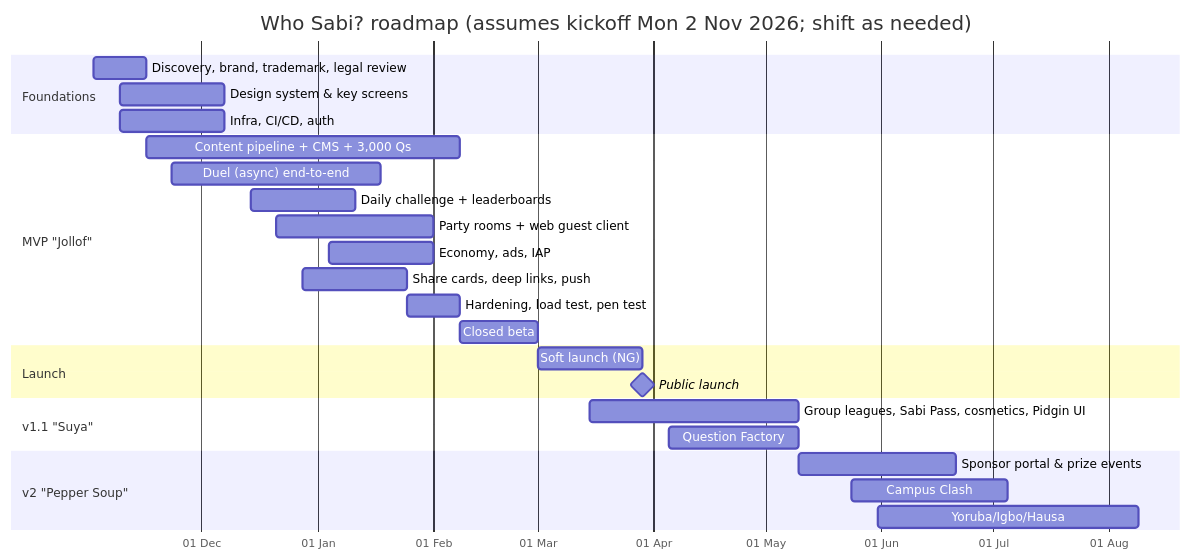
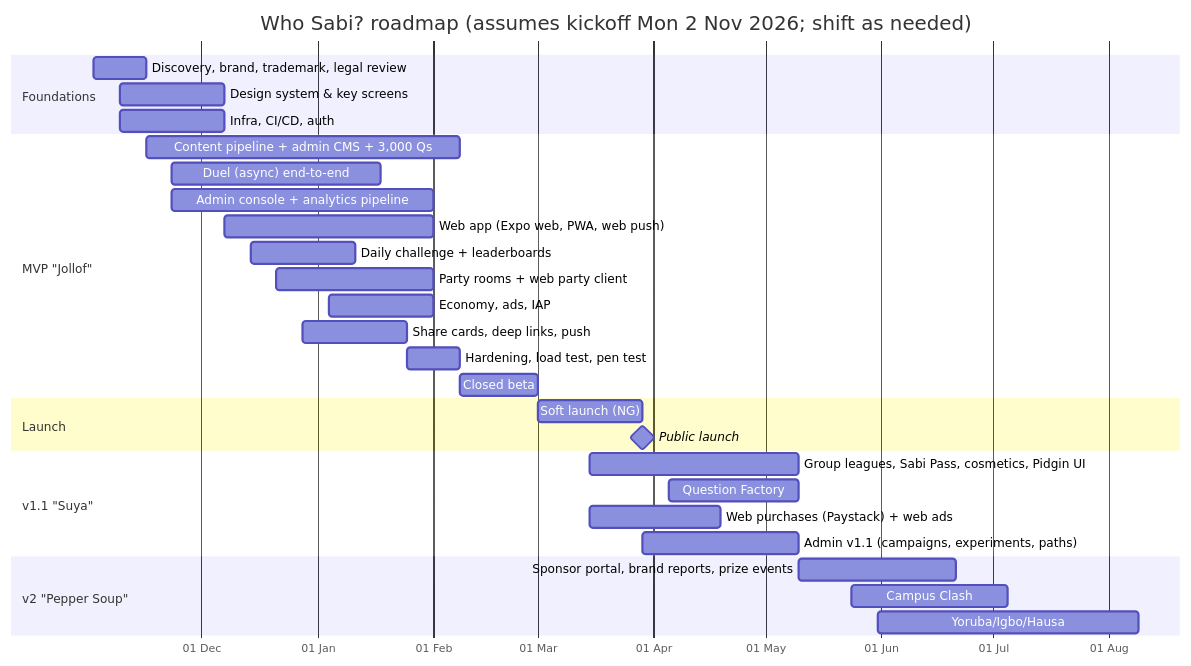
The diagram in docs/15-roadmap-and-delivery-plan.md (Realdiamond/Naija-Trivia), drawn with Mermaid before and after one commit. The commit also changed other lines of this file and 23 other files, not shown here.

````diff
--- a/docs/15-roadmap-and-delivery-plan.md
+++ b/docs/15-roadmap-and-delivery-plan.md
@@ -9,29 +9,33 @@
 ```mermaid
 gantt
   title Who Sabi? roadmap (assumes kickoff Mon 2 Nov 2026; shift as needed)
   dateFormat  YYYY-MM-DD
   axisFormat  %d %b
   section Foundations
   Discovery, brand, trademark, legal review     :a1, 2026-11-02, 14d
   Design system & key screens                    :a2, 2026-11-09, 28d
   Infra, CI/CD, auth                             :a3, 2026-11-09, 28d
   section MVP "Jollof"
-  Content pipeline + CMS + 3,000 Qs              :b1, 2026-11-16, 84d
+  Content pipeline + admin CMS + 3,000 Qs        :b1, 2026-11-16, 84d
   Duel (async) end-to-end                        :b2, 2026-11-23, 56d
+  Admin console + analytics pipeline             :b10, 2026-11-23, 70d
+  Web app (Expo web, PWA, web push)              :b9, 2026-12-07, 56d
   Daily challenge + leaderboards                 :b3, 2026-12-14, 28d
-  Party rooms + web guest client                 :b4, 2026-12-21, 42d
+  Party rooms + web party client                 :b4, 2026-12-21, 42d
   Economy, ads, IAP                              :b5, 2027-01-04, 28d
   Share cards, deep links, push                  :b6, 2026-12-28, 28d
   Hardening, load test, pen test                 :b7, 2027-01-25, 14d
   Closed beta                                    :b8, 2027-02-08, 21d
   section Launch
   Soft launch (NG)                               :c1, 2027-03-01, 28d
   Public launch                                  :milestone, 2027-03-29, 0d
   section v1.1 "Suya"
   Group leagues, Sabi Pass, cosmetics, Pidgin UI :d1, 2027-03-15, 56d
   Question Factory                               :d2, 2027-04-05, 35d
+  Web purchases (Paystack) + web ads             :d3, 2027-03-15, 35d
+  Admin v1.1 (campaigns, experiments, paths)     :d4, 2027-03-29, 42d
   section v2 "Pepper Soup"
-  Sponsor portal & prize events                  :e1, 2027-05-10, 42d
+  Sponsor portal, brand reports, prize events    :e1, 2027-05-10, 42d
   Campus Clash                                   :e2, 2027-05-24, 42d
   Yoruba/Igbo/Hausa                              :e3, 2027-05-31, 70d
 ```
````
